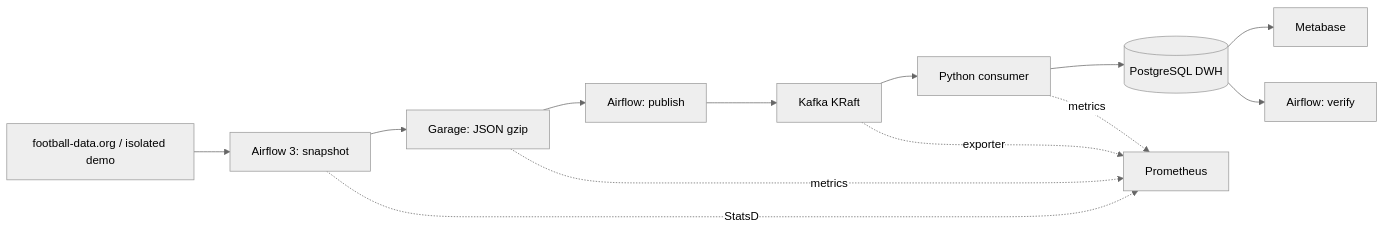
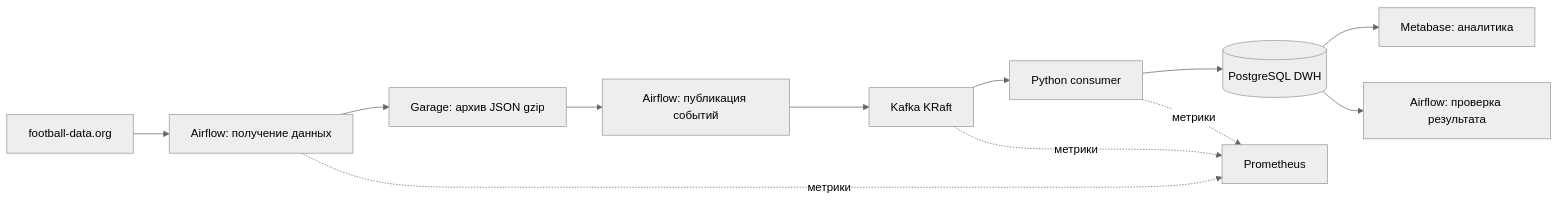
The diagram in README.md (15683/data-stack), drawn with Mermaid (neutral theme) before and after one commit. The commit also changed other lines of this file, not shown here.

````diff
--- a/README.md
+++ b/README.md
@@ -7,15 +23,14 @@
 ```mermaid
 flowchart LR
-  API[football-data.org / isolated demo] --> A[Airflow 3: snapshot]
-  A --> G[Garage: JSON gzip]
-  G --> P[Airflow: publish]
-  P --> K[Kafka KRaft]
-  K --> C[Python consumer]
-  C --> D[(PostgreSQL DWH)]
-  D --> M[Metabase]
-  D --> V[Airflow: verify]
-  C -. metrics .-> Q[Prometheus]
-  K -. exporter .-> Q
-  A -. StatsD .-> Q
-  G -. metrics .-> Q
+    API[football-data.org] --> A[Airflow: получение данных]
+    A --> G[Garage: архив JSON gzip]
+    G --> P[Airflow: публикация событий]
+    P --> K[Kafka KRaft]
+    K --> C[Python consumer]
+    C --> D[(PostgreSQL DWH)]
+    D --> M[Metabase: аналитика]
+    D --> V[Airflow: проверка результата]
+    C -. метрики .-> Q[Prometheus]
+    K -. метрики .-> Q
+    A -. метрики .-> Q
 ```
````
